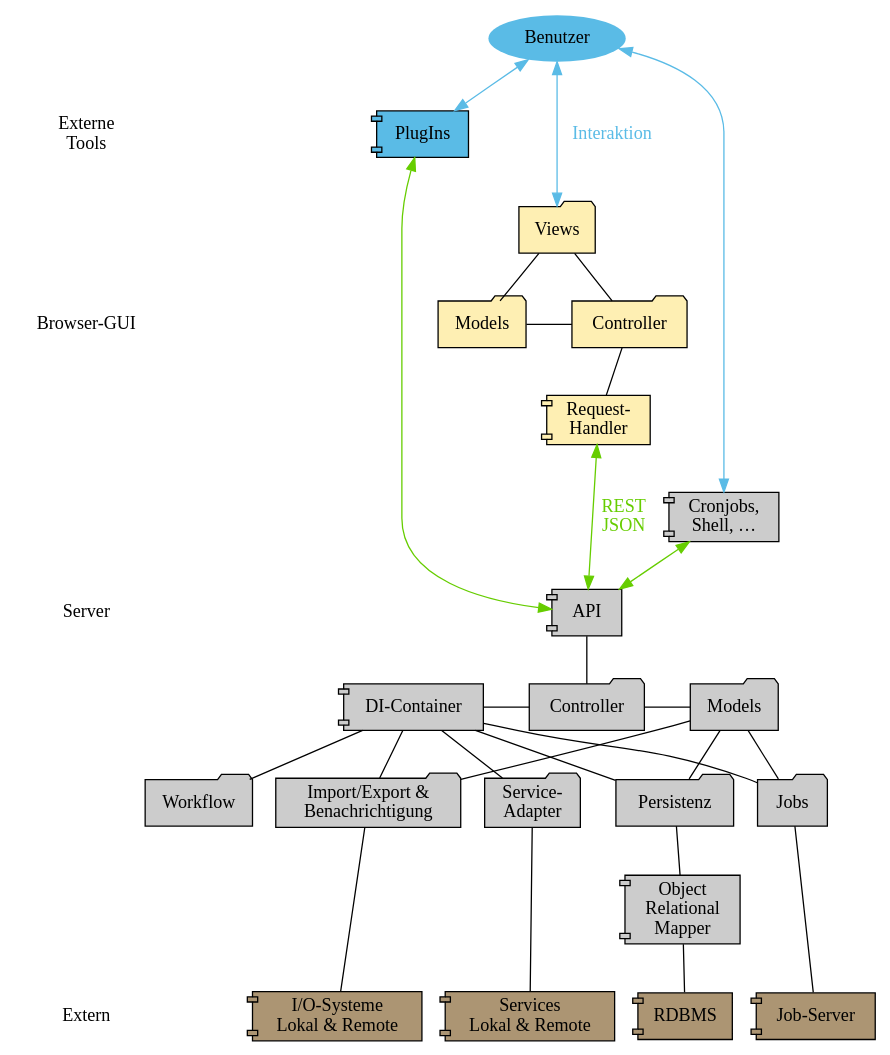
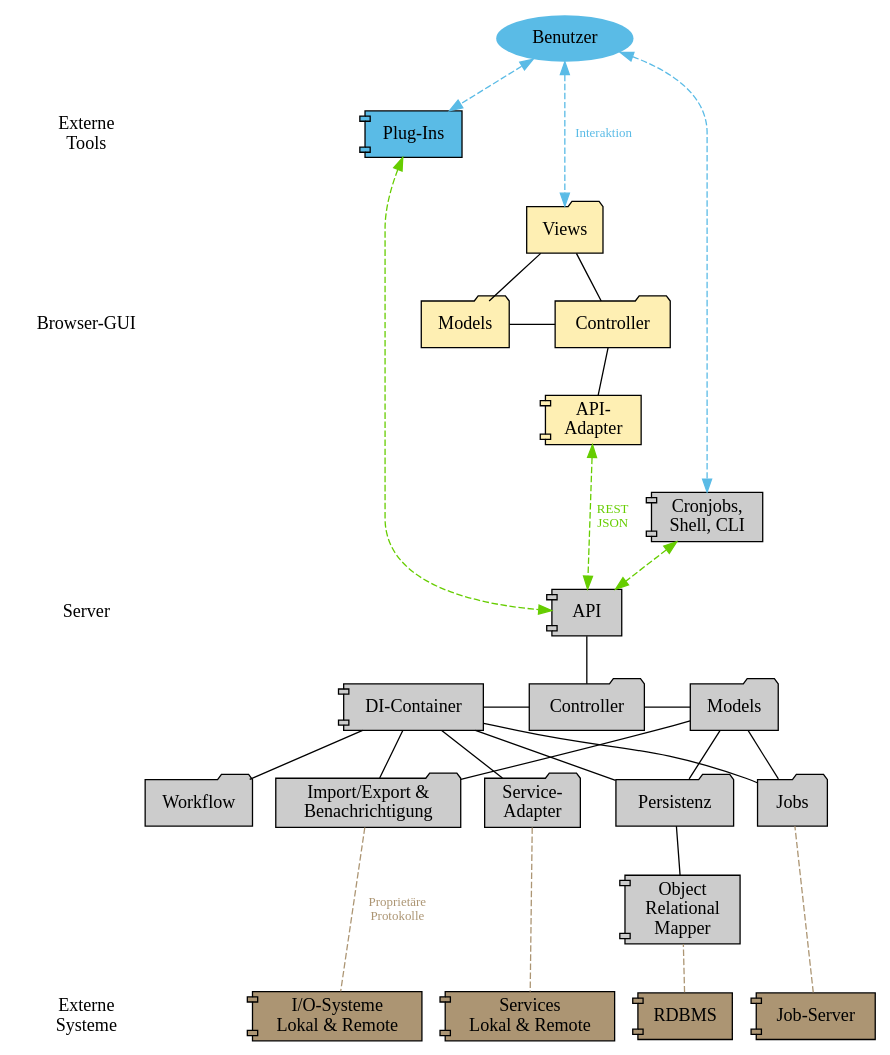
The diagram in documents/thesis/media/komponenten.dot (retext/retext), drawn with Graphviz before and after one commit. The commit also changed 2 other files, not shown here.

```diff
--- a/documents/thesis/media/komponenten.dot
+++ b/documents/thesis/media/komponenten.dot
@@ -1,134 +1,135 @@
 digraph G {
 rankdir=TB
 
-edge [ arrowhead=onormal dir=forward ]
-clusterrank=none
+edge [ arrowhead=onormal dir=forward fontsize=10 ]
 
 node [ style=filled fillcolor="#5abbe6" ]
 
 subgraph user {
   rank=same
   ruser [ style=invis ]
   user [ style=filled label="Benutzer" penwidth=0 ]
 }
 
 
 subgraph c1 {
   rank=same
   r1 [ label="Externe\nTools" shape=none style=solid ]
-  PlugIns [ shape=component ]
+  PlugIns [ shape=component label="Plug-Ins" ]
 }
 
 node [ fillcolor="#feefb3" ]
 
 subgraph c2 {
   rank=same
   r2 [ style=invis ]
   GuiViews [ label="Views" shape=folder ]
 }
 
 subgraph c3 {
   rank=same
   r3 [ label="Browser-GUI" shape=none style=solid ]
   GuiController [ label=Controller shape=folder ]
   GuiModels [ label=Models shape=folder ]
 }
 
 subgraph c4 {
   rank=same
   r4 [ style=invis ]
-  RequestHandlerGUI [ label="Request-\nHandler" shape=component ]
+  ApiAdapter [ label="API-\nAdapter" shape=component ]
 }
 
 node [ fillcolor="#cccccc" penwidth=1 ]
 
 subgraph c5 {
   rank=same
   r5 [ style=invis ]
-  Shell [ shape=component label="Cronjobs,\nShell, …" ]
+  Shell [ shape=component label="Cronjobs,\nShell, CLI" ]
 }
 
 subgraph c6 {
   rank=same
   r6 [ label="Server" shape=none style=solid ]
-  RequestHandler [ label="API" shape=component ]
+  API [ shape=component ]
 }
 
 subgraph c7 {
   rank=same
   r7 [ style=invis ]
   Controller [ shape=folder ]
   di [ label="DI-Container" shape=component ]
   Models [ shape=folder ]
 }
 
 subgraph c8 {
   rank=same
   r8 [ style=invis ]
   IO [ label="Import/Export &\nBenachrichtigung" shape=folder ]
   Jobs [ shape=folder ]
   Persistenz [ shape=folder ]
   Workflow [ shape=folder ]
   ServiceAdapter [ shape=folder label="Service-\nAdapter" ]
 }
 
 subgraph c9 {
   rank=same
   r9 [ style=invis ]
   orm [ label="Object\nRelational\nMapper" shape=component ]
 }
 
 node [ fillcolor="#AC9573" ]
 
 subgraph extern {
   rank=same
-  extern [ label="Extern" shape=none style=solid ]
+  extern [ label="Externe\nSysteme" shape=none style=solid ]
   RDBMS [ shape=component ]
   jobserver [ shape=component label="Job-Server" ]
   iosub [ shape=component label="I/O-Systeme\nLokal & Remote" ]
   Services [ shape=component label="Services\nLokal & Remote" ]
 }
 
 
 # Reihenfolge der Schichten erzwingen
 edge [ style=invis ]
 ruser -> r1 -> r2 -> r3 -> r4 -> r5 -> r6 -> r7 -> r8 -> r9 -> extern
 
 edge [ style=solid dir=none arrowhead=none ]
 
 di -> Persistenz
 di -> Controller
 di -> IO
 di -> Jobs
 di -> Workflow
 di -> ServiceAdapter
 
-jobserver -> Jobs
-
-RDBMS -> orm
-
-RequestHandler -> Controller
+API -> Controller
 Persistenz -> Models
 Controller -> Models
 Jobs -> Models
 IO -> Models
 
-GuiController -> RequestHandlerGUI
+GuiController -> ApiAdapter
 GuiController -> GuiViews
 GuiModels -> GuiViews
 GuiModels -> GuiController
 Persistenz -> orm
-IO -> iosub
+
+edge [ color="#AC9573" style=dashed arrowhead=normal arrowtail=normal fontcolor="#AC9573" ]
+jobserver -> Jobs
+RDBMS -> orm
+IO -> iosub [ label=" Proprietäre\nProtokolle" ]
 ServiceAdapter -> Services
 
 edge [ arrowhead=normal dir=both color="#5abbe6" fontcolor="#5abbe6" ]
 user -> Shell
 user -> PlugIns
 user -> GuiViews [ label=" Interaktion" ]
 
 edge [ color="#66cd00" fontcolor="#66cd00" ]
-RequestHandlerGUI -> RequestHandler [ label=" REST\nJSON" ]
-PlugIns -> RequestHandler
-Shell -> RequestHandler
+ApiAdapter -> API [ label=" REST\nJSON" ]
+PlugIns -> API
+Shell -> API
+
+
 
 }
```
